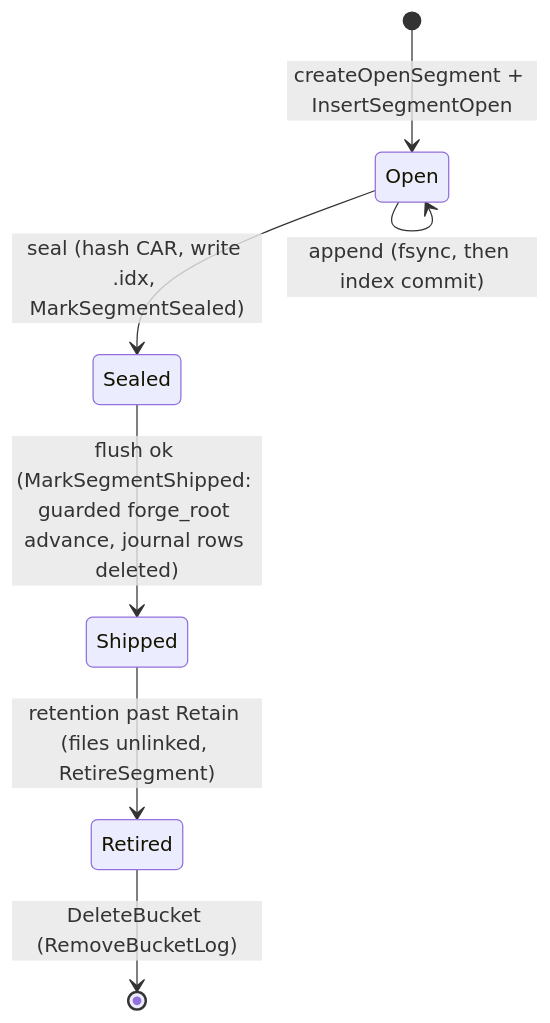
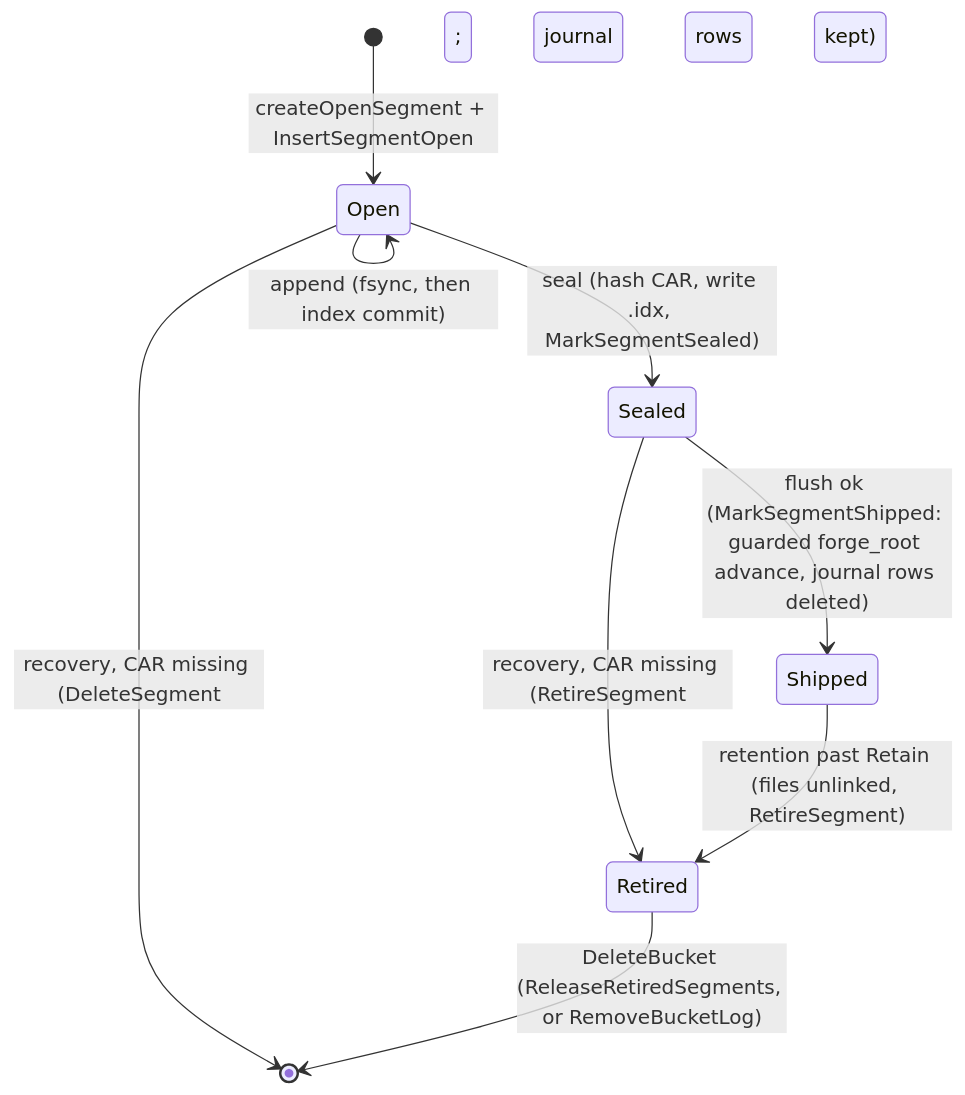
One commit to fil-forge/ingot changed the second of 2 diagrams in logstore/README.md. Above: the diagram before and after it, drawn with Mermaid. The commit also changed other lines of this file and 9 other files, not shown here.

First line of the commit message:
DeleteBucket: drop the journal with the root, release retired segments with progress

````diff
--- a/logstore/README.md
+++ b/logstore/README.md
@@ -104,9 +104,11 @@
 ```mermaid
 stateDiagram-v2
     [*] --> Open : createOpenSegment + InsertSegmentOpen
     Open --> Open : append (fsync, then index commit)
     Open --> Sealed : seal (hash CAR, write .idx, MarkSegmentSealed)
+    Open --> [*] : recovery, CAR missing (DeleteSegment; journal rows kept)
     Sealed --> Shipped : flush ok (MarkSegmentShipped: guarded forge_root advance, journal rows deleted)
+    Sealed --> Retired : recovery, CAR missing (RetireSegment; journal rows kept)
     Shipped --> Retired : retention past Retain (files unlinked, RetireSegment)
-    Retired --> [*] : DeleteBucket (RemoveBucketLog)
+    Retired --> [*] : DeleteBucket (ReleaseRetiredSegments, or RemoveBucketLog)
 ```
````
